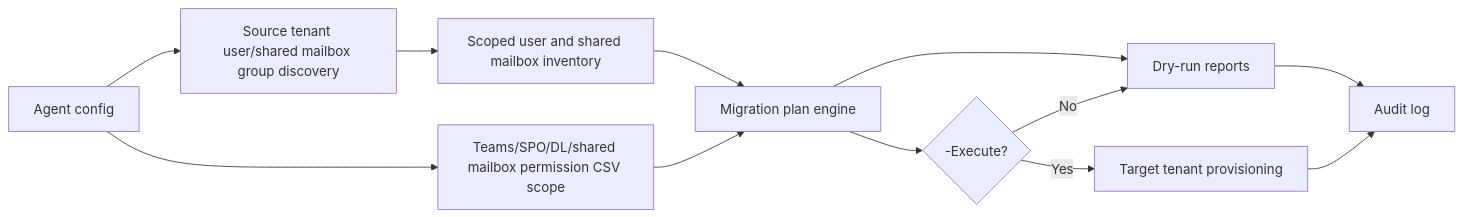
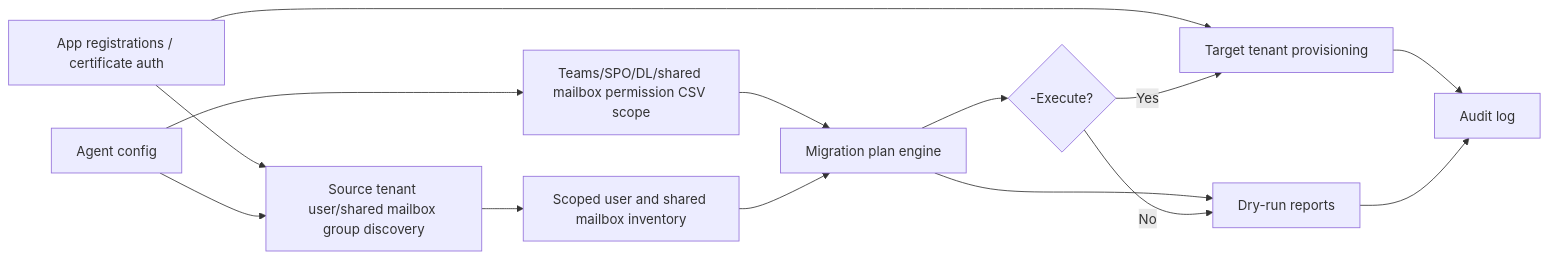
One commit to GobindGahir/m365-tenant-migration-agent changed the diagram in docs/architecture.md. Above: the diagram before and after it, drawn with Mermaid. The commit also changed 6 other files, not shown here.

````diff
--- a/docs/architecture.md
+++ b/docs/architecture.md
@@ -5,14 +5,16 @@
 ```mermaid
 flowchart LR
+    Auth["App registrations / certificate auth"] --> Source
+    Auth --> Target
     Config["Agent config"] --> Source["Source tenant user/shared mailbox group discovery"]
     Config --> Scope["Teams/SPO/DL/shared mailbox permission CSV scope"]
     Source --> Inventory["Scoped user and shared mailbox inventory"]
     Scope --> Plan
     Inventory --> Plan["Migration plan engine"]
     Plan --> DryRun["Dry-run reports"]
     Plan --> Execute{"-Execute?"}
     Execute -->|No| DryRun
     Execute -->|Yes| Target["Target tenant provisioning"]
     Target --> Audit["Audit log"]
     DryRun --> Audit
 ```
````
